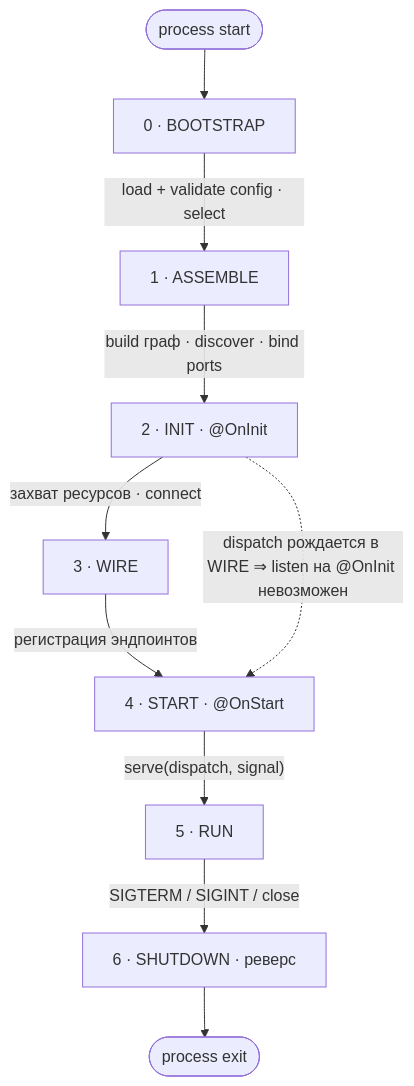
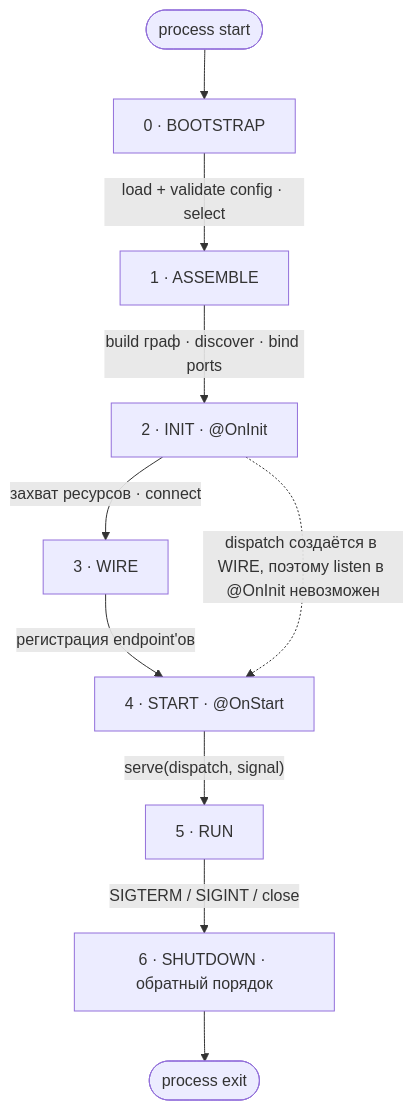
The diagram in docs/design/composition.md (eonae/nestling), drawn with Mermaid before and after one commit. The commit also changed other lines of this file and 32 other files, not shown here.

````diff
--- a/docs/design/composition.md
+++ b/docs/design/composition.md
@@ -13,13 +14,13 @@
 ```mermaid
 flowchart TD
     START([process start]) --> P0
     P0["0 · BOOTSTRAP"] -->|"load + validate config · select"| P1
     P1["1 · ASSEMBLE"] -->|"build граф · discover · bind ports"| P2
     P2["2 · INIT · @OnInit"] -->|"захват ресурсов · connect"| P3
-    P3["3 · WIRE"] -->|"регистрация эндпоинтов"| P4
+    P3["3 · WIRE"] -->|"регистрация endpoint'ов"| P4
     P4["4 · START · @OnStart"] -->|"serve(dispatch, signal)"| P5
     P5["5 · RUN"] -->|"SIGTERM / SIGINT / close"| P6
-    P6["6 · SHUTDOWN · реверс"] --> EXIT([process exit])
+    P6["6 · SHUTDOWN · обратный порядок"] --> EXIT([process exit])
 
-    P2 -. "dispatch рождается в WIRE ⇒ listen на @OnInit невозможен" .-> P4
+    P2 -. "dispatch создаётся в WIRE, поэтому listen в @OnInit невозможен" .-> P4
 ```
````
